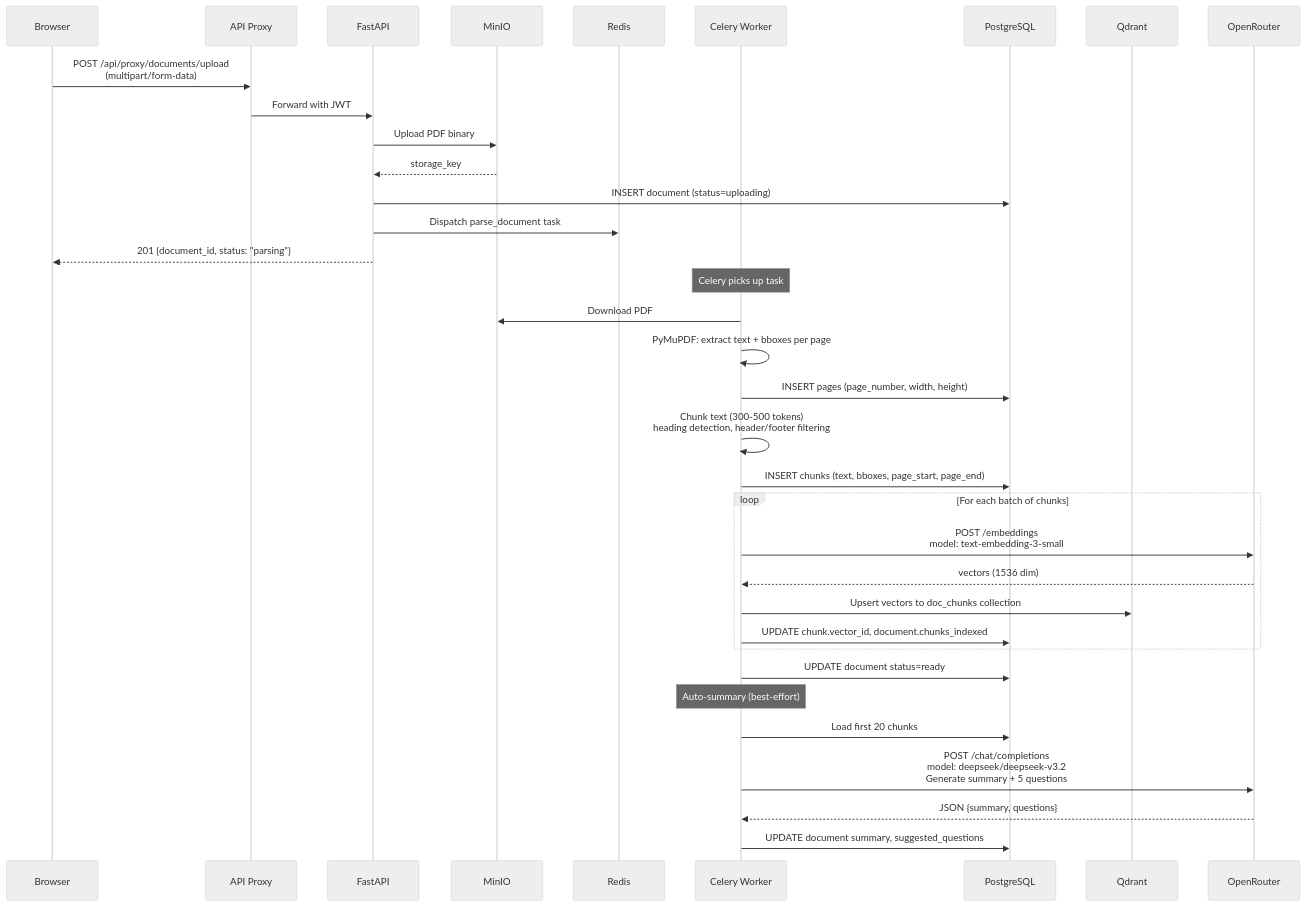
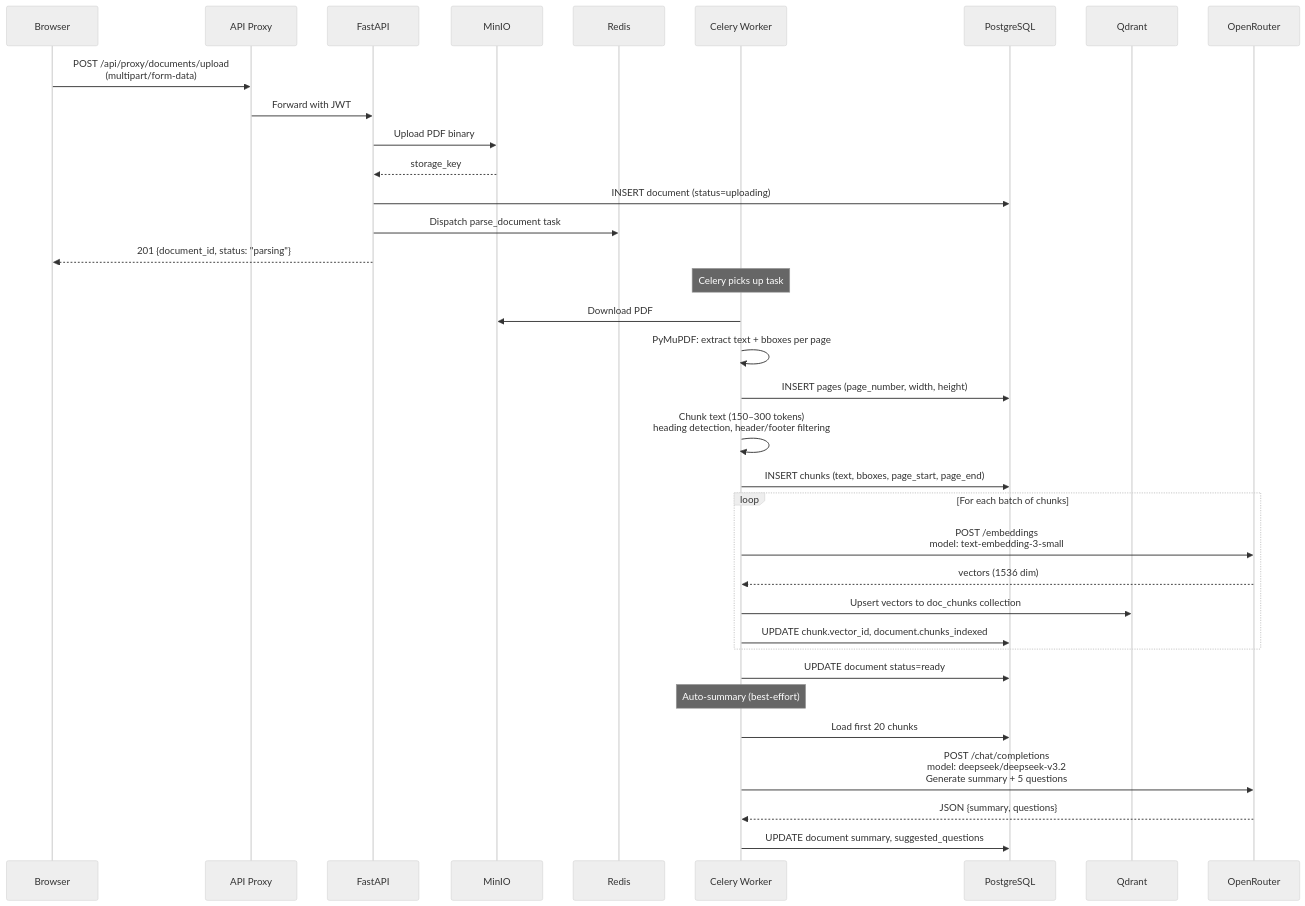
One commit to Rswcf/DocTalk changed the second of 8 diagrams in docs/ARCHITECTURE.md. Above: the diagram before and after it, drawn with Mermaid (neutral theme). The commit also changed other lines of this file and 14 other files, not shown here.

````diff
--- a/docs/ARCHITECTURE.md
+++ b/docs/ARCHITECTURE.md
@@ -82,42 +82,42 @@
 ```mermaid
 sequenceDiagram
     participant B as Browser
     participant P as API Proxy
     participant API as FastAPI
     participant S3 as MinIO
     participant R as Redis
     participant W as Celery Worker
     participant DB as PostgreSQL
     participant Q as Qdrant
     participant OR as OpenRouter
 
     B->>P: POST /api/proxy/documents/upload<br/>(multipart/form-data)
     P->>API: Forward with JWT
     API->>S3: Upload PDF binary
     S3-->>API: storage_key
     API->>DB: INSERT document (status=uploading)
     API->>R: Dispatch parse_document task
     API-->>B: 201 {document_id, status: "parsing"}
 
     Note over W: Celery picks up task
     W->>S3: Download PDF
     W->>W: PyMuPDF: extract text + bboxes per page
     W->>DB: INSERT pages (page_number, width, height)
-    W->>W: Chunk text (300-500 tokens)<br/>heading detection, header/footer filtering
+    W->>W: Chunk text (150–300 tokens)<br/>heading detection, header/footer filtering
     W->>DB: INSERT chunks (text, bboxes, page_start, page_end)
 
     loop For each batch of chunks
         W->>OR: POST /embeddings<br/>model: text-embedding-3-small
         OR-->>W: vectors (1536 dim)
         W->>Q: Upsert vectors to doc_chunks collection
         W->>DB: UPDATE chunk.vector_id, document.chunks_indexed
     end
 
     W->>DB: UPDATE document status=ready
 
     Note over W: Auto-summary (best-effort)
     W->>DB: Load first 20 chunks
     W->>OR: POST /chat/completions<br/>model: deepseek/deepseek-v3.2<br/>Generate summary + 5 questions
     OR-->>W: JSON {summary, questions}
     W->>DB: UPDATE document summary, suggested_questions
 ```
````
